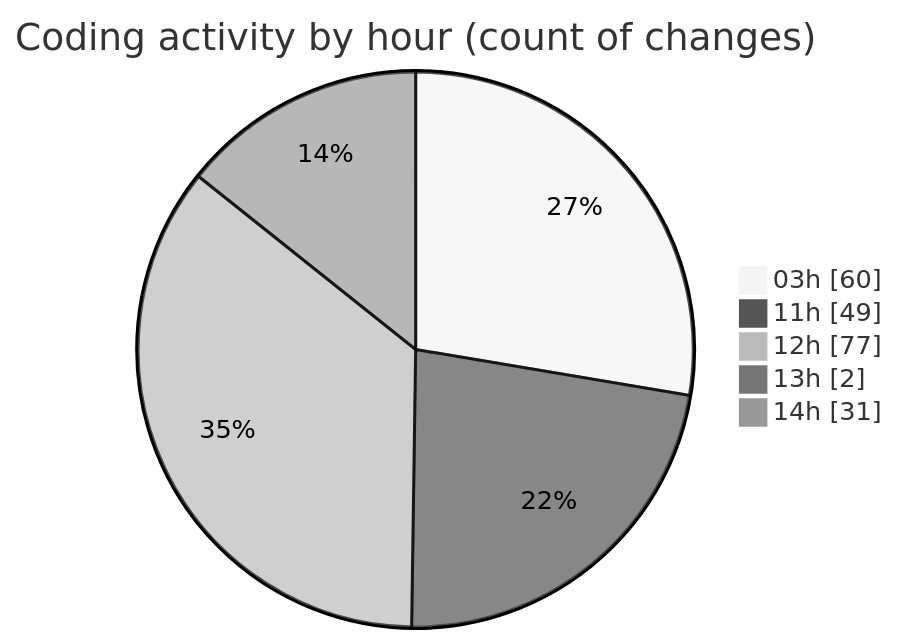
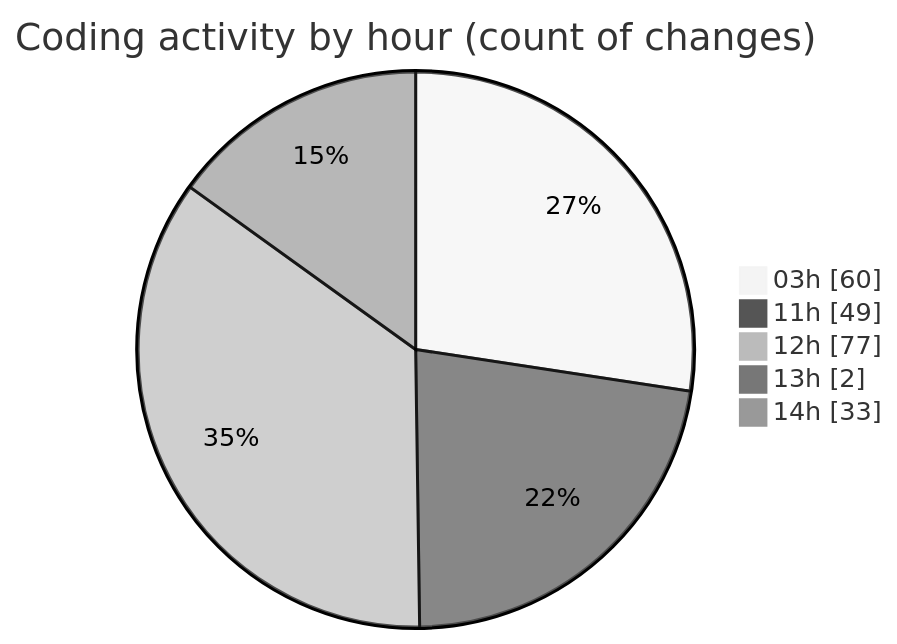
The second of 2 diagrams in 2025-07-02/mern-thinkboard/README.md (Ritupan-Deka/code-tracking), drawn with Mermaid (neutral theme) before and after one commit. The commit also changed other lines of this file and 1 other file, not shown here.

````diff
--- a/2025-07-02/mern-thinkboard/README.md
+++ b/2025-07-02/mern-thinkboard/README.md
@@ -38,9 +38,9 @@
 ```mermaid
 pie showData
 title Coding activity by hour (count of changes)
 "03h" : 60
 "11h" : 49
 "12h" : 77
 "13h" : 2
-"14h" : 31
+"14h" : 33
 ```
````
